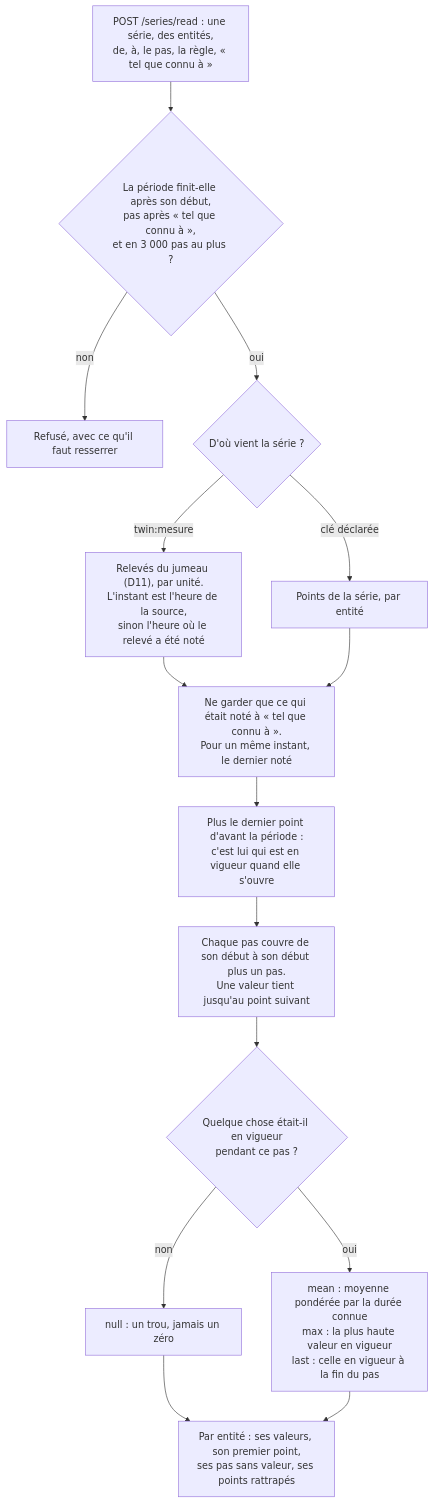
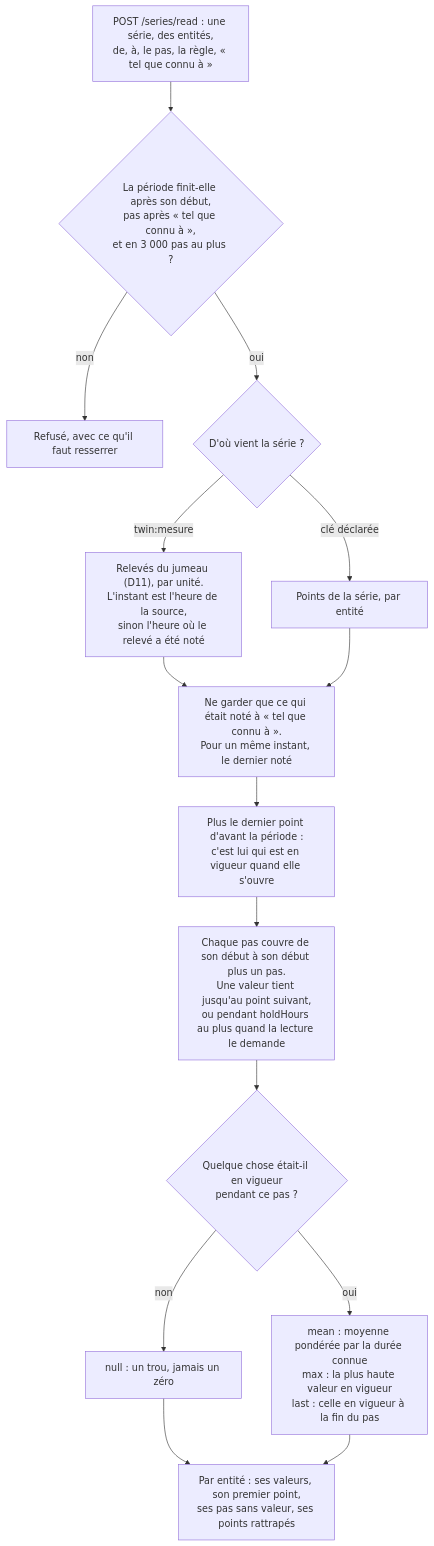
One commit to V1ktor7/obscyro changed diagram 49 of 50 in docs/algorithms.md. Above: the diagram before and after it, drawn with Mermaid. The commit also changed other lines of this file and 10 other files, not shown here.

First line of the commit message:
feat(données): borner la durée pendant laquelle une valeur tient, à la lecture d'une série

````diff
--- a/docs/algorithms.md
+++ b/docs/algorithms.md
@@ -1641,17 +1641,17 @@
 ```mermaid
 flowchart TD
     A["POST /series/read : une série, des entités,<br/>de, à, le pas, la règle, « tel que connu à »"] --> B{"La période finit-elle après son début,<br/>pas après « tel que connu à »,<br/>et en 3 000 pas au plus ?"}
     B -->|"non"| B1["Refusé, avec ce qu'il faut resserrer"]
     B -->|"oui"| C{"D'où vient la série ?"}
     C -->|"twin:mesure"| D["Relevés du jumeau (D11), par unité.<br/>L'instant est l'heure de la source,<br/>sinon l'heure où le relevé a été noté"]
     C -->|"clé déclarée"| E["Points de la série, par entité"]
     D --> F["Ne garder que ce qui était noté à « tel que connu à ».<br/>Pour un même instant, le dernier noté"]
     E --> F
     F --> G["Plus le dernier point d'avant la période :<br/>c'est lui qui est en vigueur quand elle s'ouvre"]
-    G --> H["Chaque pas couvre de son début à son début plus un pas.<br/>Une valeur tient jusqu'au point suivant"]
+    G --> H["Chaque pas couvre de son début à son début plus un pas.<br/>Une valeur tient jusqu'au point suivant,<br/>ou pendant holdHours au plus quand la lecture le demande"]
     H --> I{"Quelque chose était-il en vigueur<br/>pendant ce pas ?"}
     I -->|"non"| J["null : un trou, jamais un zéro"]
     I -->|"oui"| K["mean : moyenne pondérée par la durée connue<br/>max : la plus haute valeur en vigueur<br/>last : celle en vigueur à la fin du pas"]
     J --> L["Par entité : ses valeurs, son premier point,<br/>ses pas sans valeur, ses points rattrapés"]
     K --> L
 ```
````
